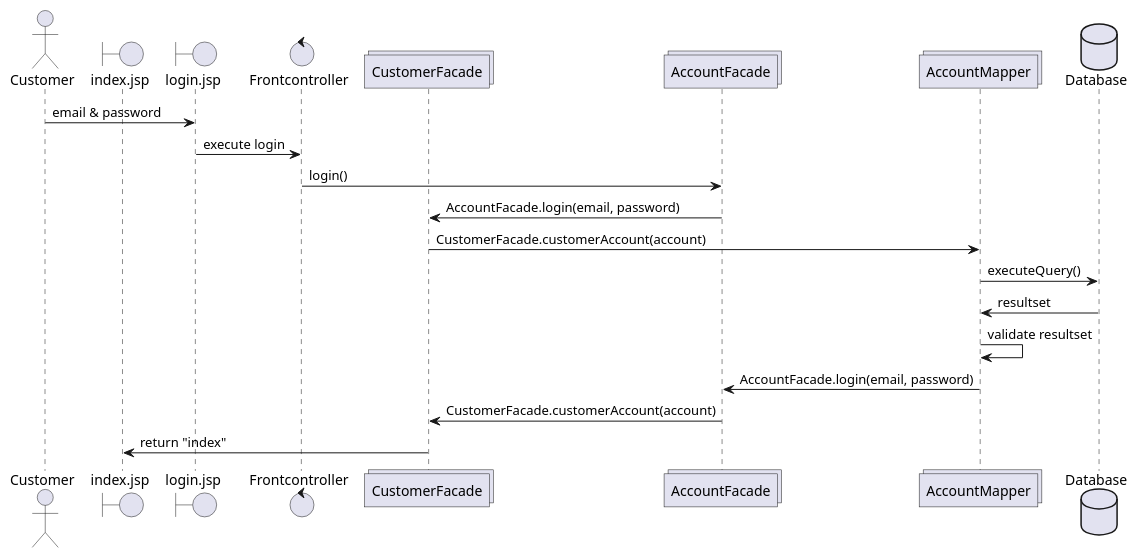
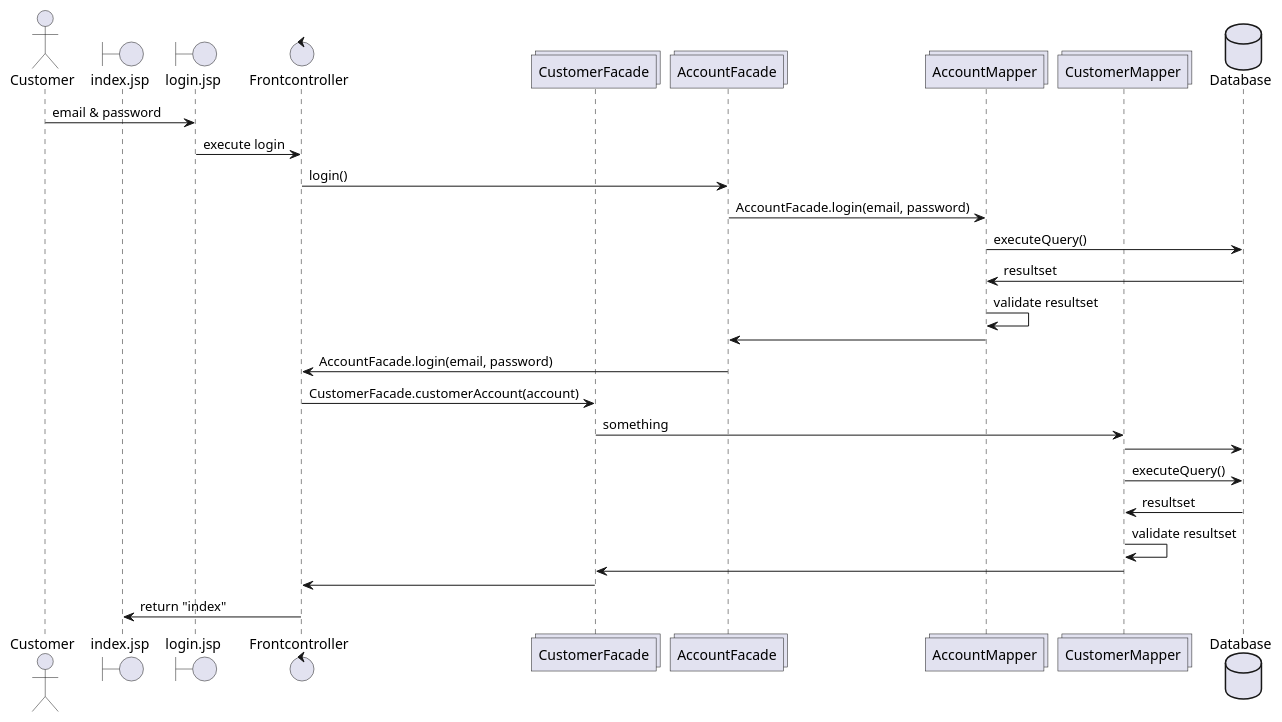
The diagram in src/diagrammer/Sequence-diagram.puml (coerth/carport), drawn with PlantUML before and after one commit.

Commit message:
sekvsen opdateret

```diff
--- a/src/diagrammer/Sequence-diagram.puml
+++ b/src/diagrammer/Sequence-diagram.puml
@@ -1,26 +1,34 @@
 @startuml
 
 actor       Customer       as Foo1
 boundary    index.jsp   as Foo8
 boundary    login.jsp    as Foo2
 control     Frontcontroller     as Foo3
 collections CustomerFacade as Foo7
 collections AccountFacade as Foo5
 collections AccountMapper as Foo4
+collections CustomerMapper as Foo9
 database    Database    as Foo6
 
 
 
 Foo1 -> Foo2 : email & password
 Foo2 -> Foo3 : execute login
 Foo3 -> Foo5 : login()
-Foo5 -> Foo7 : AccountFacade.login(email, password)
-Foo7 -> Foo4 : CustomerFacade.customerAccount(account)
+Foo5 -> Foo4 : AccountFacade.login(email, password)
 Foo4 -> Foo6 : executeQuery()
 Foo4 <- Foo6 : resultset
 Foo4 -> Foo4 : validate resultset
-Foo4 -> Foo5 : AccountFacade.login(email, password)
-Foo5 -> Foo7 : CustomerFacade.customerAccount(account)
-Foo7 -> Foo8 : return "index"
+Foo4 -> Foo5
+Foo5 -> Foo3 : AccountFacade.login(email, password)
+Foo3 -> Foo7 : CustomerFacade.customerAccount(account)
+Foo7 -> Foo9 : something
+Foo9 -> Foo6 :
+Foo9 -> Foo6 : executeQuery()
+Foo9 <- Foo6 : resultset
+Foo9 -> Foo9 : validate resultset
+Foo9 -> Foo7 :
+Foo7 -> Foo3 :
+Foo3 -> Foo8 : return "index"
 
 @enduml
```
